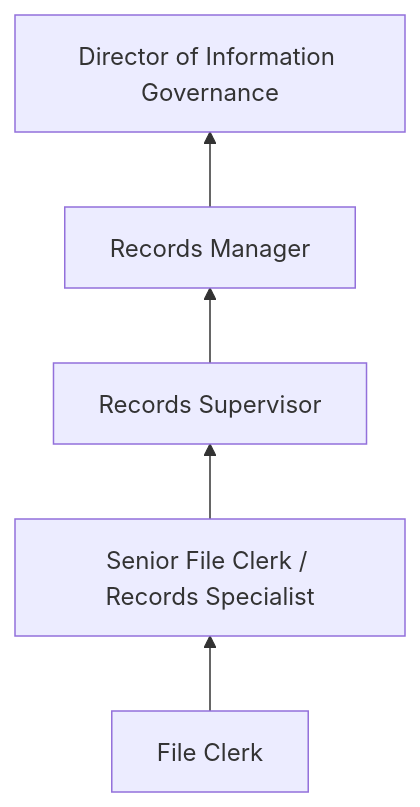
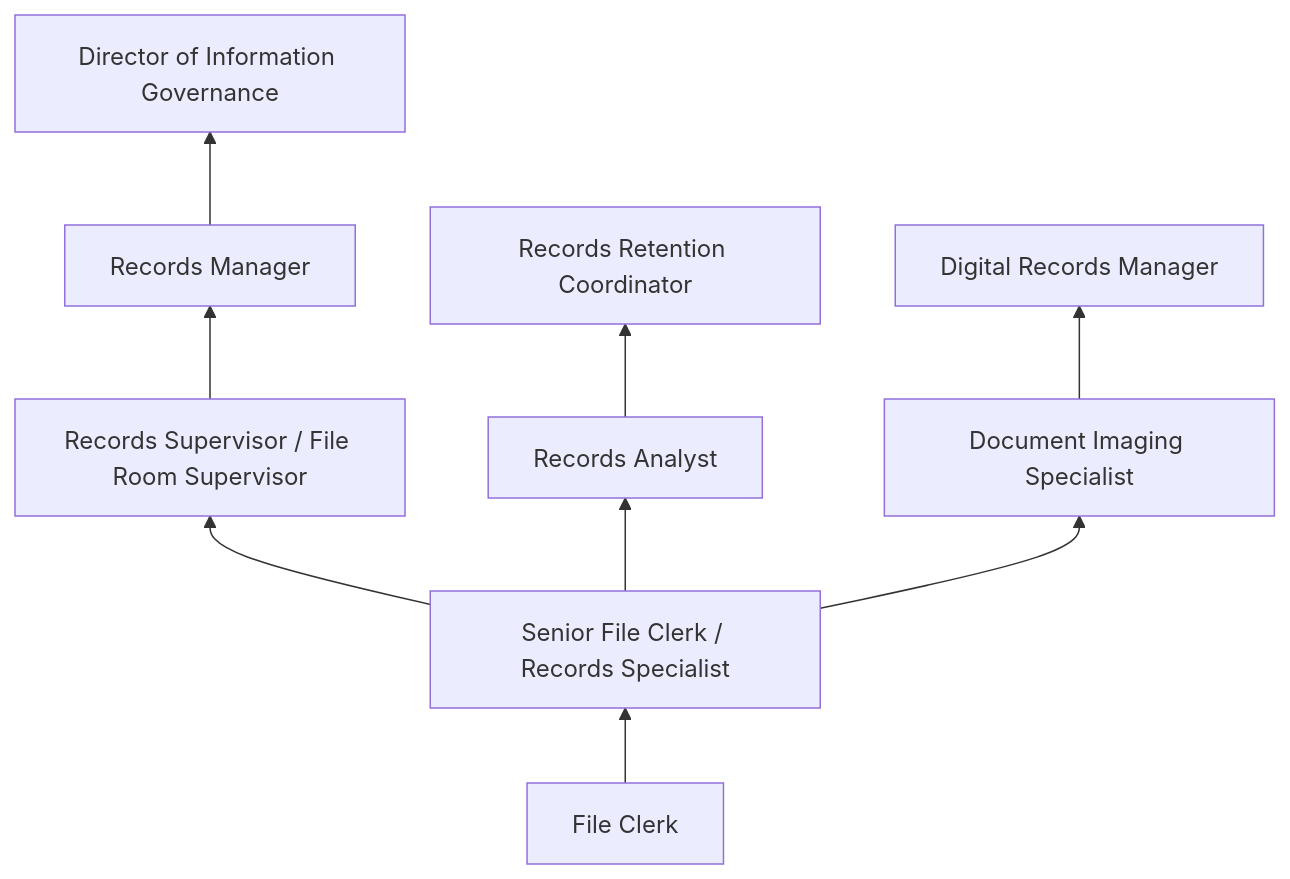
The third of 4 diagrams in occupations/Administrative/FileClerks.mdx (kziemski/business.org.ai), drawn with Mermaid before and after one commit. The commit also changed other lines of this file and 19 other files, not shown here.

````diff
--- a/occupations/Administrative/FileClerks.mdx
+++ b/occupations/Administrative/FileClerks.mdx
@@ -74,7 +136,13 @@
 ```mermaid
 graph BT
     Entry["File Clerk"] --> Mid["Senior File Clerk / Records Specialist"]
-    Mid --> Supervisor["Records Supervisor"]
+    Mid --> Supervisor["Records Supervisor / File Room Supervisor"]
     Supervisor --> Manager["Records Manager"]
     Manager --> Director["Director of Information Governance"]
+
+    Mid --> Analyst["Records Analyst"]
+    Analyst --> Coordinator["Records Retention Coordinator"]
+
+    Mid --> Imaging["Document Imaging Specialist"]
+    Imaging --> Digital["Digital Records Manager"]
 ```
````
